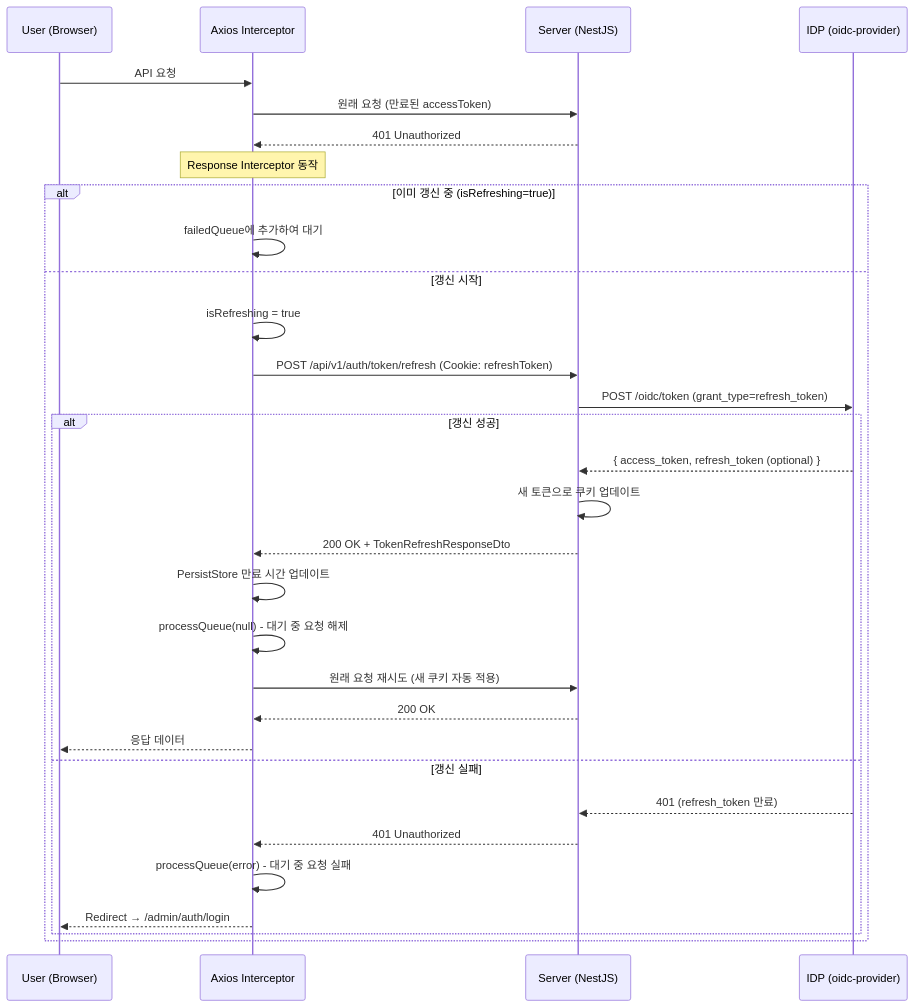
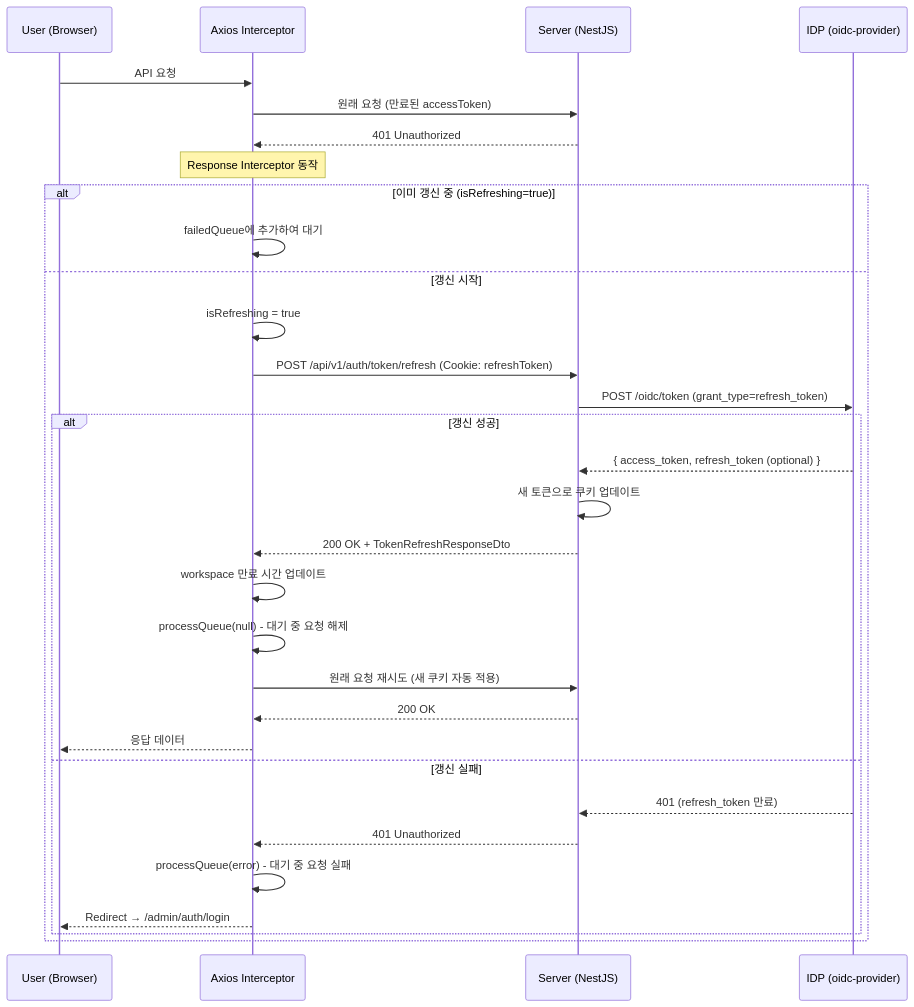
One commit to kimjoongwon/prj-core changed the third of 5 diagrams in packages/be-common/_spec/auth-security/oidc-auth-flow.md. Above: the diagram before and after it, drawn with Mermaid. The commit also changed other lines of this file and 1126 other files, not shown here.

````diff
--- a/packages/be-common/_spec/auth-security/oidc-auth-flow.md
+++ b/packages/be-common/_spec/auth-security/oidc-auth-flow.md
@@ -150,36 +150,36 @@
 ```mermaid
 sequenceDiagram
     participant U as User (Browser)
     participant AX as Axios Interceptor
     participant S as Server (NestJS)
     participant I as IDP (oidc-provider)
 
     U->>AX: API 요청
     AX->>S: 원래 요청 (만료된 accessToken)
     S-->>AX: 401 Unauthorized
 
     Note over AX: Response Interceptor 동작
 
     alt 이미 갱신 중 (isRefreshing=true)
         AX->>AX: failedQueue에 추가하여 대기
     else 갱신 시작
         AX->>AX: isRefreshing = true
         AX->>S: POST /api/v1/auth/token/refresh (Cookie: refreshToken)
         S->>I: POST /oidc/token (grant_type=refresh_token)
         alt 갱신 성공
             I-->>S: { access_token, refresh_token (optional) }
             S->>S: 새 토큰으로 쿠키 업데이트
             S-->>AX: 200 OK + TokenRefreshResponseDto
-            AX->>AX: PersistStore 만료 시간 업데이트
+            AX->>AX: workspace 만료 시간 업데이트
             AX->>AX: processQueue(null) - 대기 중 요청 해제
             AX->>S: 원래 요청 재시도 (새 쿠키 자동 적용)
             S-->>AX: 200 OK
             AX-->>U: 응답 데이터
         else 갱신 실패
             I-->>S: 401 (refresh_token 만료)
             S-->>AX: 401 Unauthorized
             AX->>AX: processQueue(error) - 대기 중 요청 실패
             AX-->>U: Redirect → /admin/auth/login
         end
     end
 ```
````
